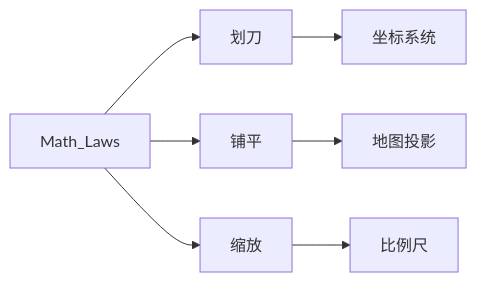
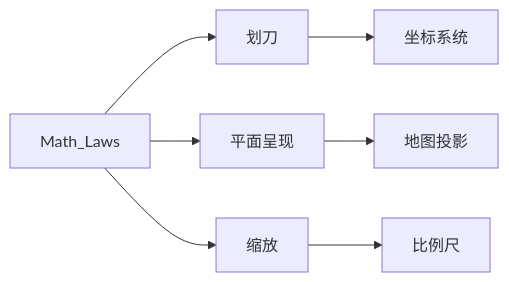
One commit to TeDaBaoXue/Cartography-Notes changed the first of 7 diagrams in 地图学笔记.md. Above: the diagram before and after it, drawn with Mermaid. The commit also changed other lines of this file, not shown here.

````diff
--- a/地图学笔记.md
+++ b/地图学笔记.md
@@ -39,9 +43,9 @@
 ```mermaid
 graph LR;
 	Math_Laws-->划刀;
-	Math_Laws-->铺平;
+  Math_Laws-->平面呈现;
 	Math_Laws-->缩放;
 	划刀-->坐标系统;
-	铺平-->地图投影;
+	平面呈现-->地图投影;
 	缩放-->比例尺;
 ```
````
